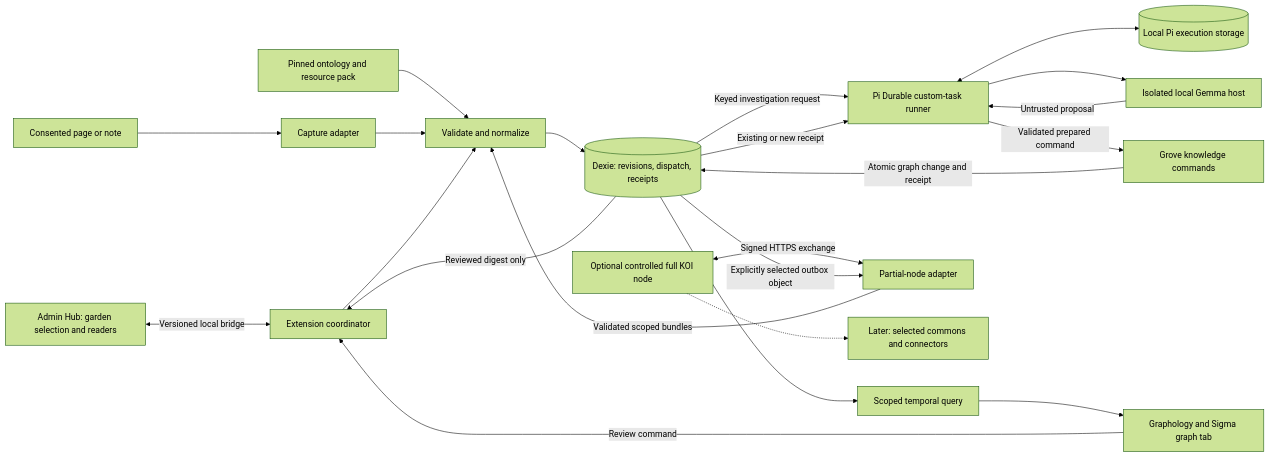
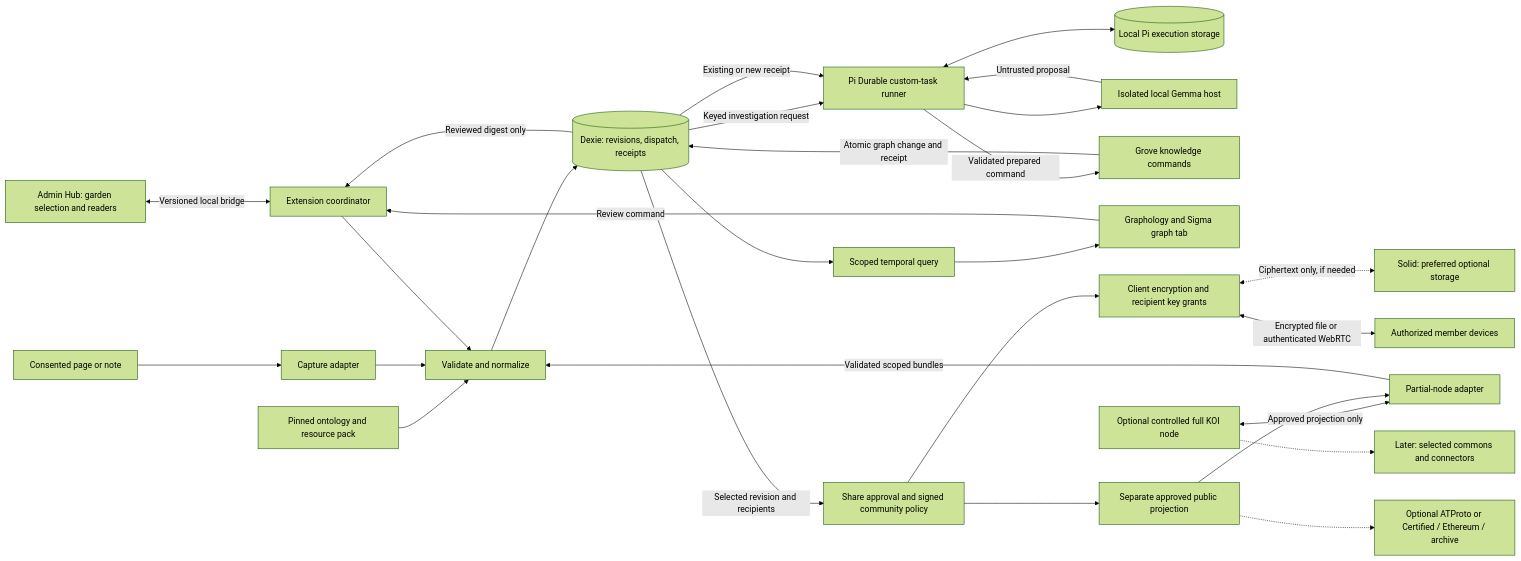
One commit to greenpill-dev-guild/green-goods changed the diagram in .plans/ideas/grove/spec.md. Above: the diagram before and after it, drawn with Mermaid (forest theme). The commit also changed other lines of this file and 23 other files, not shown here.

Commit message:
docs(shared): update Grove privacy and architecture plan

````diff
--- a/.plans/ideas/grove/spec.md
+++ b/.plans/ideas/grove/spec.md
@@ -71,24 +72,30 @@
 ```mermaid
 flowchart LR
   Hub[Admin Hub: garden selection and readers] <-->|Versioned local bridge| BG[Extension coordinator]
   Page[Consented page or note] --> Capture[Capture adapter]
   Pack[Pinned ontology and resource pack] --> Ingest[Validate and normalize]
   Capture --> Ingest
   BG --> Ingest
   Ingest --> DB[(Dexie: revisions, dispatch, receipts)]
   DB -->|Keyed investigation request| Runner[Pi Durable custom-task runner]
   Runner <--> PS[(Local Pi execution storage)]
   Runner --> Model[Isolated local Gemma host]
   Model -->|Untrusted proposal| Runner
   Runner -->|Validated prepared command| Command[Grove knowledge commands]
   Command -->|Atomic graph change and receipt| DB
   DB -->|Existing or new receipt| Runner
   DB --> Query[Scoped temporal query]
   Query --> Graph[Graphology and Sigma graph tab]
   Graph -->|Review command| BG
   DB -->|Reviewed digest only| BG
-  Peer[Optional controlled full KOI node] <-->|Signed HTTPS exchange| KOI[Partial-node adapter]
+  DB -->|Selected revision and recipients| Approval[Share approval and signed community policy]
+  Approval --> Encrypt[Client encryption and recipient key grants]
+  Encrypt <-.->|Ciphertext only, if needed| Store[Solid: preferred optional storage]
+  Encrypt <-->|Encrypted file or authenticated WebRTC| Devices[Authorized member devices]
+  Approval --> Release[Separate approved public projection]
+  Peer[Optional controlled full KOI node] <-->|Approved projection only| KOI[Partial-node adapter]
   KOI -->|Validated scoped bundles| Ingest
-  DB -->|Explicitly selected outbox object| KOI
+  Release --> KOI
+  Release -.-> Public[Optional ATProto or Certified / Ethereum / archive]
   Peer -.-> Commons[Later: selected commons and connectors]
 ```
````
